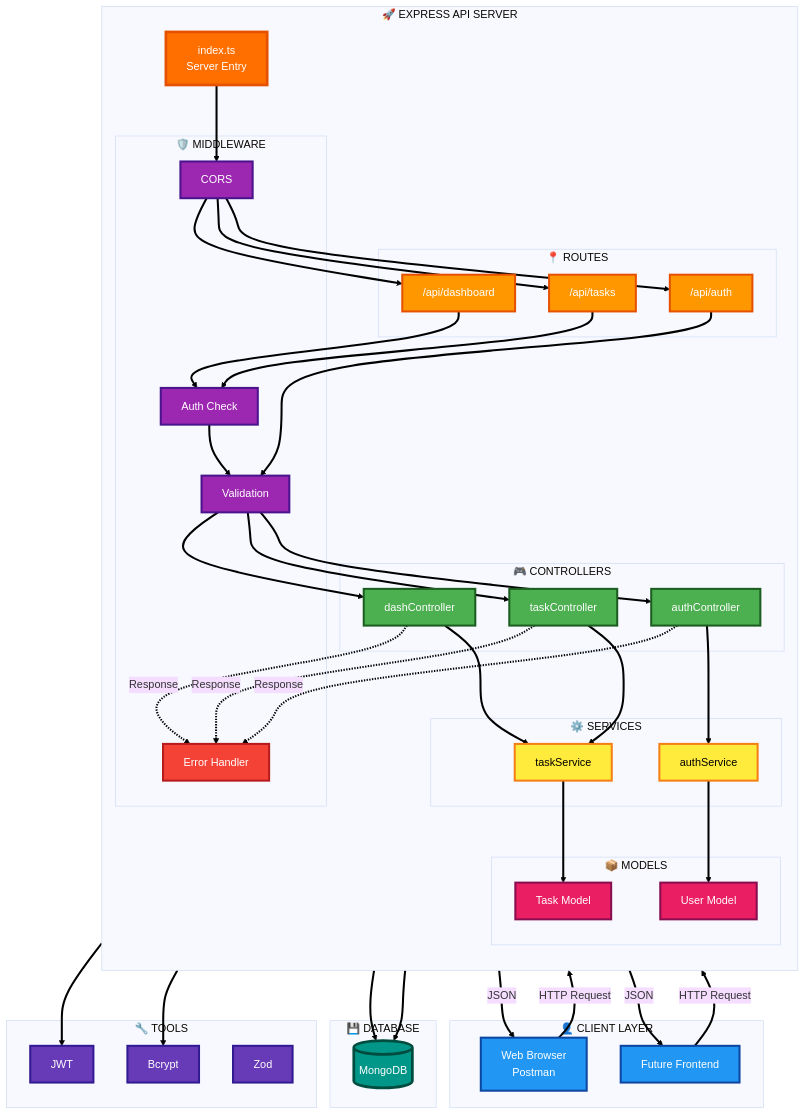
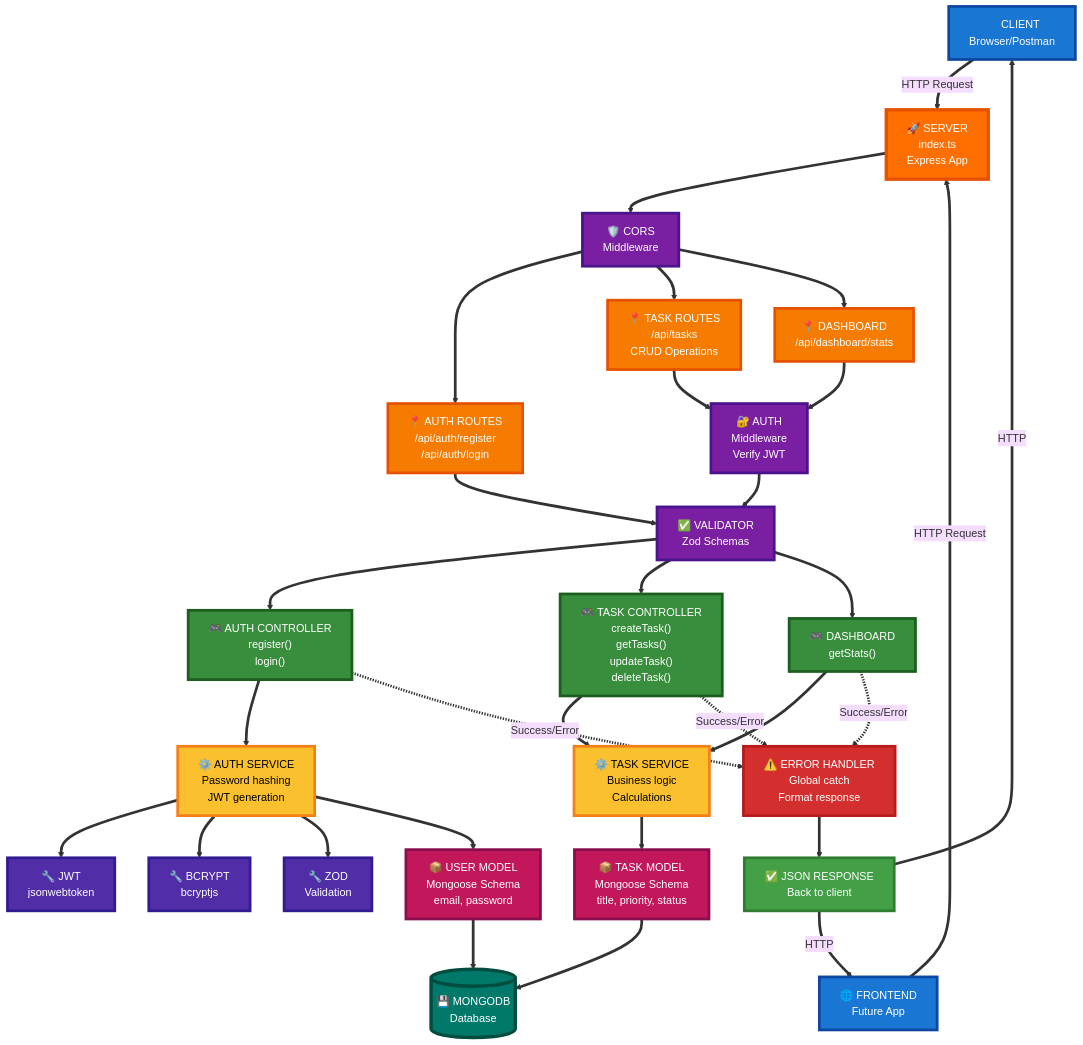
One commit to SajagIN/productivity-api changed the diagram in README.md. Above: the diagram before and after it, drawn with Mermaid (base theme).

Commit message:
Update flowchart in README.md

````diff
--- a/README.md
+++ b/README.md
@@ -1,112 +1,101 @@
 ```mermaid
-graph TB
-    subgraph Client["👤 CLIENT LAYER"]
-        Browser["Web Browser<br/>Postman"]
-        Frontend["Future Frontend"]
-    end
-
-    subgraph API["🚀 EXPRESS API SERVER"]
-        direction TB
-        
-        Server["index.ts<br/>Server Entry"]
-        
-        subgraph Routes["📍 ROUTES"]
-            AuthR["/api/auth"]
-            TaskR["/api/tasks"]
-            DashR["/api/dashboard"]
-        end
-        
-        subgraph Middle["🛡️ MIDDLEWARE"]
-            CORS["CORS"]
-            Auth["Auth Check"]
-            Valid["Validation"]
-            Error["Error Handler"]
-        end
-        
-        subgraph Control["🎮 CONTROLLERS"]
-            AuthC["authController"]
-            TaskC["taskController"]
-            DashC["dashController"]
-        end
-        
-        subgraph Serv["⚙️ SERVICES"]
-            AuthS["authService"]
-            TaskS["taskService"]
-        end
-        
-        subgraph Mod["📦 MODELS"]
-            UserM["User Model"]
-            TaskM["Task Model"]
-        end
-    end
-
-    subgraph DB["💾 DATABASE"]
-        Mongo[("MongoDB")]
-    end
-
-    subgraph Tools["🔧 TOOLS"]
-        JWT["JWT"]
-        Bcrypt["Bcrypt"]
-        Zod["Zod"]
-    end
-
-    Browser ==>|HTTP Request| Server
+flowchart TD
+    Client["👤 CLIENT<br/>Browser/Postman"]
+    Frontend["🌐 FRONTEND<br/>Future App"]
+    
+    Server["🚀 SERVER<br/>index.ts<br/>Express App"]
+    
+    CORS["🛡️ CORS<br/>Middleware"]
+    
+    AuthRoute["📍 AUTH ROUTES<br/>/api/auth/register<br/>/api/auth/login"]
+    TaskRoute["📍 TASK ROUTES<br/>/api/tasks<br/>CRUD Operations"]
+    DashRoute["📍 DASHBOARD<br/>/api/dashboard/stats"]
+    
+    AuthMW["🔐 AUTH<br/>Middleware<br/>Verify JWT"]
+    ValidMW["✅ VALIDATOR<br/>Zod Schemas"]
+    
+    AuthCtrl["🎮 AUTH CONTROLLER<br/>register()<br/>login()"]
+    TaskCtrl["🎮 TASK CONTROLLER<br/>createTask()<br/>getTasks()<br/>updateTask()<br/>deleteTask()"]
+    DashCtrl["🎮 DASHBOARD<br/>getStats()"]
+    
+    AuthServ["⚙️ AUTH SERVICE<br/>Password hashing<br/>JWT generation"]
+    TaskServ["⚙️ TASK SERVICE<br/>Business logic<br/>Calculations"]
+    
+    UserModel["📦 USER MODEL<br/>Mongoose Schema<br/>email, password"]
+    TaskModel["📦 TASK MODEL<br/>Mongoose Schema<br/>title, priority, status"]
+    
+    MongoDB[("💾 MONGODB<br/>Database")]
+    
+    JWT["🔧 JWT<br/>jsonwebtoken"]
+    Bcrypt["🔧 BCRYPT<br/>bcryptjs"]
+    Zod["🔧 ZOD<br/>Validation"]
+    
+    ErrorHandler["⚠️ ERROR HANDLER<br/>Global catch<br/>Format response"]
+    
+    Response["✅ JSON RESPONSE<br/>Back to client"]
+    
+    Client ==>|HTTP Request| Server
     Frontend ==>|HTTP Request| Server
     
     Server ==> CORS
-    CORS ==> AuthR
-    CORS ==> TaskR
-    CORS ==> DashR
+    CORS ==> AuthRoute
+    CORS ==> TaskRoute
+    CORS ==> DashRoute
     
-    AuthR ==> Valid
-    TaskR ==> Auth
-    DashR ==> Auth
+    AuthRoute ==> ValidMW
+    TaskRoute ==> AuthMW
+    DashRoute ==> AuthMW
     
-    Auth ==> Valid
-    Valid ==> AuthC
-    Valid ==> TaskC
-    Valid ==> DashC
+    AuthMW ==> ValidMW
     
-    AuthC ==> AuthS
-    TaskC ==> TaskS
-    DashC ==> TaskS
+    ValidMW ==> AuthCtrl
+    ValidMW ==> TaskCtrl
+    ValidMW ==> DashCtrl
     
-    AuthS --> JWT
-    AuthS --> Bcrypt
-    AuthS ==> UserM
-    TaskS ==> TaskM
+    AuthCtrl ==> AuthServ
+    TaskCtrl ==> TaskServ
+    DashCtrl ==> TaskServ
     
-    UserM ==> Mongo
-    TaskM ==> Mongo
+    AuthServ --> JWT
+    AuthServ --> Bcrypt
+    AuthServ --> Zod
     
-    TaskC -.->|Response| Error
-    AuthC -.->|Response| Error
-    DashC -.->|Response| Error
+    AuthServ ==> UserModel
+    TaskServ ==> TaskModel
     
-    Error ==>|JSON| Browser
-    Error ==>|JSON| Frontend
+    UserModel ==> MongoDB
+    TaskModel ==> MongoDB
+    
+    AuthCtrl -.->|Success/Error| ErrorHandler
+    TaskCtrl -.->|Success/Error| ErrorHandler
+    DashCtrl -.->|Success/Error| ErrorHandler
+    
+    ErrorHandler ==> Response
+    Response ==>|HTTP| Client
+    Response ==>|HTTP| Frontend
+    
+    linkStyle default stroke:#333,stroke-width:4px
 
-    linkStyle default stroke:#000,stroke-width:3px
-
-    style Browser fill:#2196f3,stroke:#0d47a1,stroke-width:3px,color:#fff
-    style Frontend fill:#2196f3,stroke:#0d47a1,stroke-width:3px,color:#fff
-    style Server fill:#ff6f00,stroke:#e65100,stroke-width:4px,color:#fff
-    style CORS fill:#9c27b0,stroke:#4a148c,stroke-width:3px,color:#fff
-    style Auth fill:#9c27b0,stroke:#4a148c,stroke-width:3px,color:#fff
-    style Valid fill:#9c27b0,stroke:#4a148c,stroke-width:3px,color:#fff
-    style Error fill:#f44336,stroke:#b71c1c,stroke-width:3px,color:#fff
-    style AuthC fill:#4caf50,stroke:#1b5e20,stroke-width:3px,color:#fff
-    style TaskC fill:#4caf50,stroke:#1b5e20,stroke-width:3px,color:#fff
-    style DashC fill:#4caf50,stroke:#1b5e20,stroke-width:3px,color:#fff
-    style AuthS fill:#ffeb3b,stroke:#f57f17,stroke-width:3px,color:#000
-    style TaskS fill:#ffeb3b,stroke:#f57f17,stroke-width:3px,color:#000
-    style UserM fill:#e91e63,stroke:#880e4f,stroke-width:3px,color:#fff
-    style TaskM fill:#e91e63,stroke:#880e4f,stroke-width:3px,color:#fff
-    style Mongo fill:#009688,stroke:#004d40,stroke-width:4px,color:#fff
-    style JWT fill:#673ab7,stroke:#311b92,stroke-width:3px,color:#fff
-    style Bcrypt fill:#673ab7,stroke:#311b92,stroke-width:3px,color:#fff
-    style Zod fill:#673ab7,stroke:#311b92,stroke-width:3px,color:#fff
-    style AuthR fill:#ff9800,stroke:#e65100,stroke-width:3px,color:#fff
-    style TaskR fill:#ff9800,stroke:#e65100,stroke-width:3px,color:#fff
-    style DashR fill:#ff9800,stroke:#e65100,stroke-width:3px,color:#fff
+    style Client fill:#1976d2,stroke:#0d47a1,stroke-width:4px,color:#fff
+    style Frontend fill:#1976d2,stroke:#0d47a1,stroke-width:4px,color:#fff
+    style Server fill:#ff6f00,stroke:#e65100,stroke-width:5px,color:#fff
+    style CORS fill:#7b1fa2,stroke:#4a148c,stroke-width:4px,color:#fff
+    style AuthRoute fill:#f57c00,stroke:#e65100,stroke-width:4px,color:#fff
+    style TaskRoute fill:#f57c00,stroke:#e65100,stroke-width:4px,color:#fff
+    style DashRoute fill:#f57c00,stroke:#e65100,stroke-width:4px,color:#fff
+    style AuthMW fill:#7b1fa2,stroke:#4a148c,stroke-width:4px,color:#fff
+    style ValidMW fill:#7b1fa2,stroke:#4a148c,stroke-width:4px,color:#fff
+    style AuthCtrl fill:#388e3c,stroke:#1b5e20,stroke-width:4px,color:#fff
+    style TaskCtrl fill:#388e3c,stroke:#1b5e20,stroke-width:4px,color:#fff
+    style DashCtrl fill:#388e3c,stroke:#1b5e20,stroke-width:4px,color:#fff
+    style AuthServ fill:#fbc02d,stroke:#f57f17,stroke-width:4px,color:#000
+    style TaskServ fill:#fbc02d,stroke:#f57f17,stroke-width:4px,color:#000
+    style UserModel fill:#c2185b,stroke:#880e4f,stroke-width:4px,color:#fff
+    style TaskModel fill:#c2185b,stroke:#880e4f,stroke-width:4px,color:#fff
+    style MongoDB fill:#00796b,stroke:#004d40,stroke-width:5px,color:#fff
+    style JWT fill:#512da8,stroke:#311b92,stroke-width:4px,color:#fff
+    style Bcrypt fill:#512da8,stroke:#311b92,stroke-width:4px,color:#fff
+    style Zod fill:#512da8,stroke:#311b92,stroke-width:4px,color:#fff
+    style ErrorHandler fill:#d32f2f,stroke:#b71c1c,stroke-width:4px,color:#fff
+    style Response fill:#43a047,stroke:#2e7d32,stroke-width:4px,color:#fff
 ```
````
